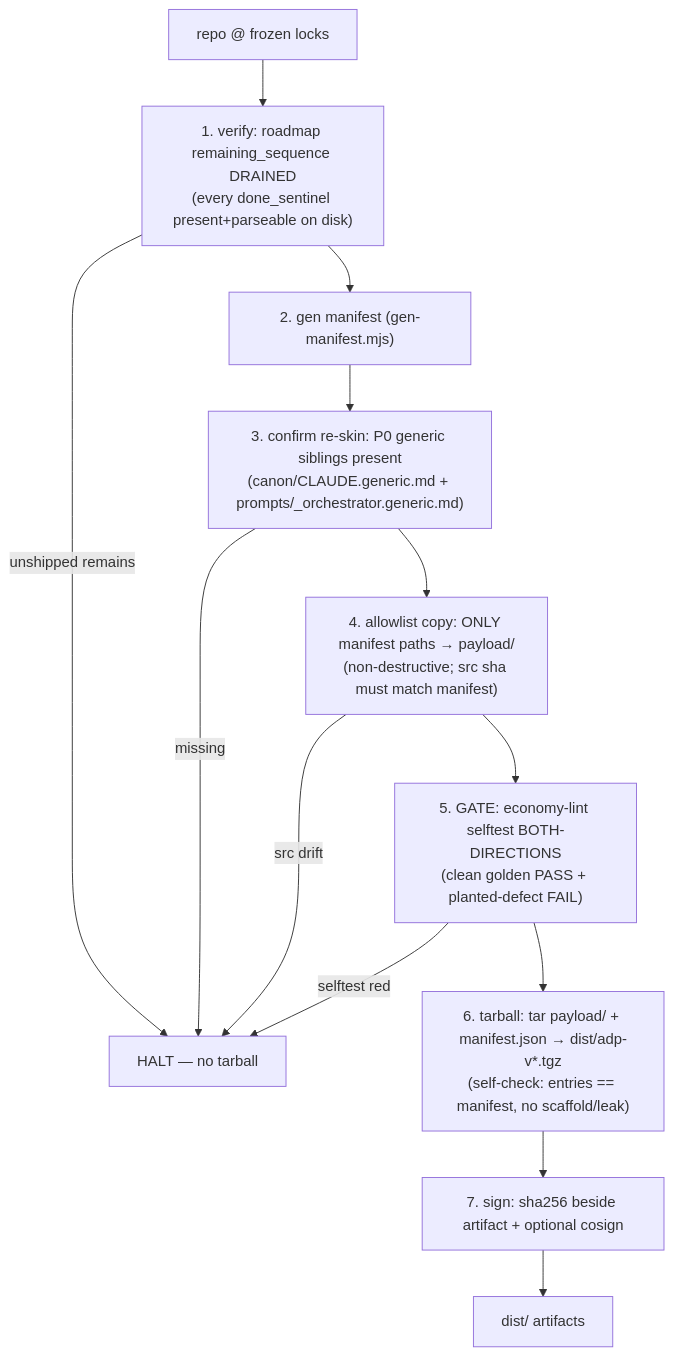
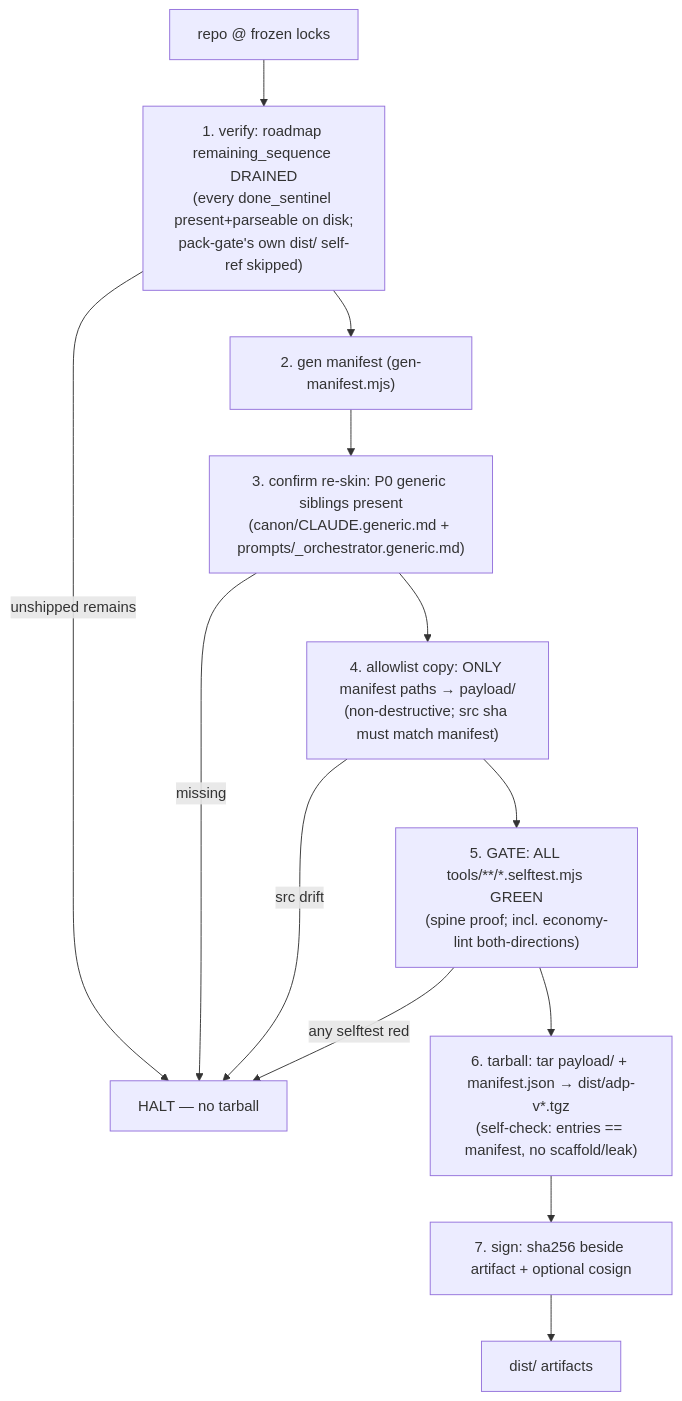
Before and after one commit to iiezhachenko/agentic-delivery-system: the diagram in docs/packing-adp-deliverable.md, drawn with Mermaid. The commit also changed other lines of this file and 3 other files, not shown here.

First line of the commit message:
W8-PACK-GATE: pack.mjs gates all 14 selftests + payload-prompt lint; loop drained

````diff
--- a/docs/packing-adp-deliverable.md
+++ b/docs/packing-adp-deliverable.md
@@ -21,15 +21,15 @@
 ```mermaid
 flowchart TD
-  A["repo @ frozen locks"] --> B["1. verify: roadmap remaining_sequence DRAINED<br/>(every done_sentinel present+parseable on disk)"]
+  A["repo @ frozen locks"] --> B["1. verify: roadmap remaining_sequence DRAINED<br/>(every done_sentinel present+parseable on disk;<br/>pack-gate's own dist/ self-ref skipped)"]
   B -->|unshipped remains| H["HALT — no tarball"]
   B --> C["2. gen manifest (gen-manifest.mjs)"]
   C --> D["3. confirm re-skin: P0 generic siblings present<br/>(canon/CLAUDE.generic.md + prompts/_orchestrator.generic.md)"]
   D -->|missing| H
   D --> E["4. allowlist copy: ONLY manifest paths → payload/<br/>(non-destructive; src sha must match manifest)"]
   E -->|src drift| H
-  E --> F["5. GATE: economy-lint selftest BOTH-DIRECTIONS<br/>(clean golden PASS + planted-defect FAIL)"]
-  F -->|selftest red| H
+  E --> F["5. GATE: ALL tools/**/*.selftest.mjs GREEN<br/>(spine proof; incl. economy-lint both-directions)"]
+  F -->|any selftest red| H
   F --> G["6. tarball: tar payload/ + manifest.json → dist/adp-v*.tgz<br/>(self-check: entries == manifest, no scaffold/leak)"]
   G --> I["7. sign: sha256 beside artifact + optional cosign"]
   I --> O["dist/ artifacts"]
 ```
````
